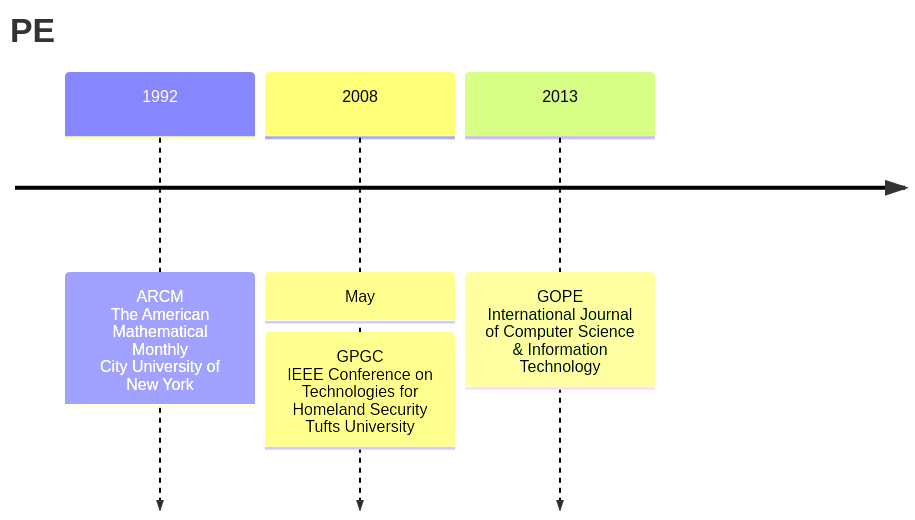
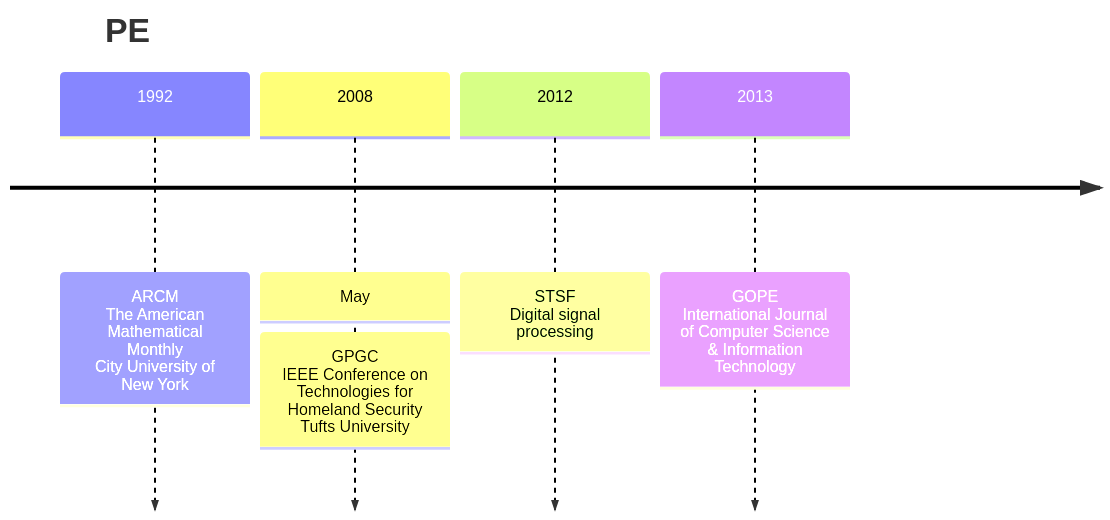
Before and after one commit to Elephant-King9/Paper: the first of 5 diagrams in CV/PE/analyse.md, drawn with Mermaid. The commit also changed other lines of this file and 3 other files, not shown here.

````diff
--- a/CV/PE/analyse.md
+++ b/CV/PE/analyse.md
@@ -5,10 +5,11 @@
 ```mermaid
 timeline
     title PE
     1992 : ARCM<br>The American Mathematical Monthly<br>City University of New York
     2008 : May
     		 : GPGC<br>IEEE Conference on Technologies for Homeland Security<br>Tufts University
+    2012 : STSF<br>Digital signal processing<br>
     2013 : GOPE<br>International Journal of Computer Science & Information Technology<br>
     		 
     
 ```
````
